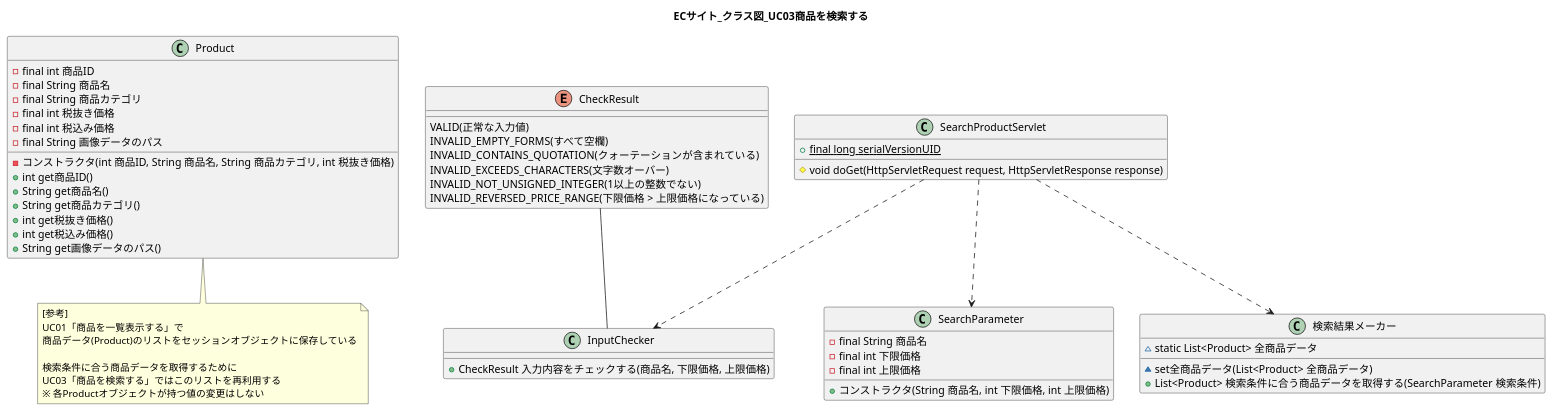
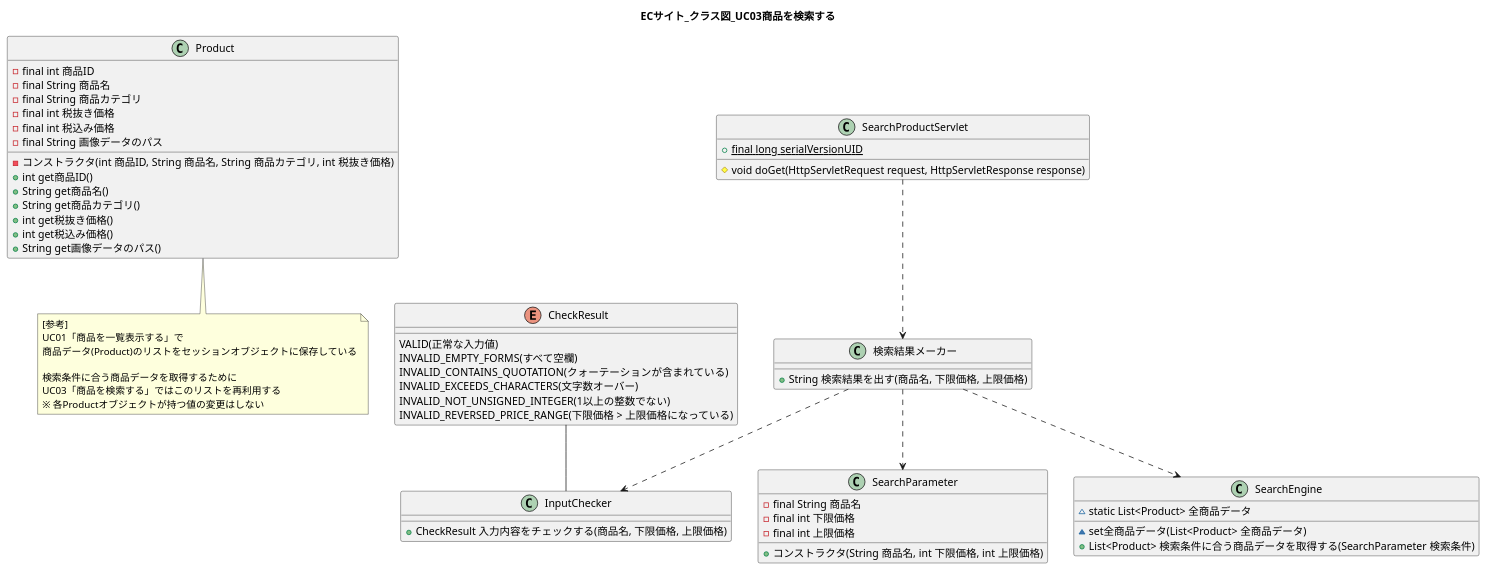
One commit to wnakayama/ojt_ecsite changed the diagram in UML/ClassDiag03.puml. Above: the diagram before and after it, drawn with PlantUML. The commit also changed 3 other files, not shown here.

```diff
--- a/UML/ClassDiag03.puml
+++ b/UML/ClassDiag03.puml
@@ -1,65 +1,70 @@
 @startuml
 title ECサイト_クラス図_UC03商品を検索する
 
 class Product {
     -final int 商品ID
     -final String 商品名
     -final String 商品カテゴリ
     -final int 税抜き価格
     -final int 税込み価格
     -final String 画像データのパス
     -コンストラクタ(int 商品ID, String 商品名, String 商品カテゴリ, int 税抜き価格)
     +int get商品ID()
     +String get商品名()
     +String get商品カテゴリ()
     +int get税抜き価格()
     +int get税込み価格()
     +String get画像データのパス()
 }
 
 note bottom of Product
 [参考]
 UC01「商品を一覧表示する」で
 商品データ(Product)のリストをセッションオブジェクトに保存している
 
 検索条件に合う商品データを取得するために
 UC03「商品を検索する」ではこのリストを再利用する
 ※ 各Productオブジェクトが持つ値の変更はしない
 end note
 
 class SearchProductServlet {
     +{static} final long serialVersionUID
     #void doGet(HttpServletRequest request, HttpServletResponse response)
 }
 
+SearchProductServlet ..> 検索結果メーカー
+class 検索結果メーカー {
+    +String 検索結果を出す(商品名, 下限価格, 上限価格)
+}
+
 CheckResult -- InputChecker
 enum CheckResult {
     VALID(正常な入力値)
     INVALID_EMPTY_FORMS(すべて空欄)
     INVALID_CONTAINS_QUOTATION(クォーテーションが含まれている)
     INVALID_EXCEEDS_CHARACTERS(文字数オーバー)
     INVALID_NOT_UNSIGNED_INTEGER(1以上の整数でない)
     INVALID_REVERSED_PRICE_RANGE(下限価格 > 上限価格になっている)
 }
 
-SearchProductServlet ..> InputChecker
+検索結果メーカー ..> InputChecker
 class InputChecker {
     +CheckResult 入力内容をチェックする(商品名, 下限価格, 上限価格)
 }
 
-SearchProductServlet ..> SearchParameter
+検索結果メーカー ..> SearchParameter
 class SearchParameter {
     -final String 商品名
     -final int 下限価格
     -final int 上限価格
     +コンストラクタ(String 商品名, int 下限価格, int 上限価格)
 }
 
-SearchProductServlet ..> 検索結果メーカー
-class 検索結果メーカー {
+検索結果メーカー ..> SearchEngine
+class SearchEngine {
     ~static List<Product> 全商品データ
     ~set全商品データ(List<Product> 全商品データ)
     +List<Product> 検索条件に合う商品データを取得する(SearchParameter 検索条件)
 }
 
 @enduml
```
